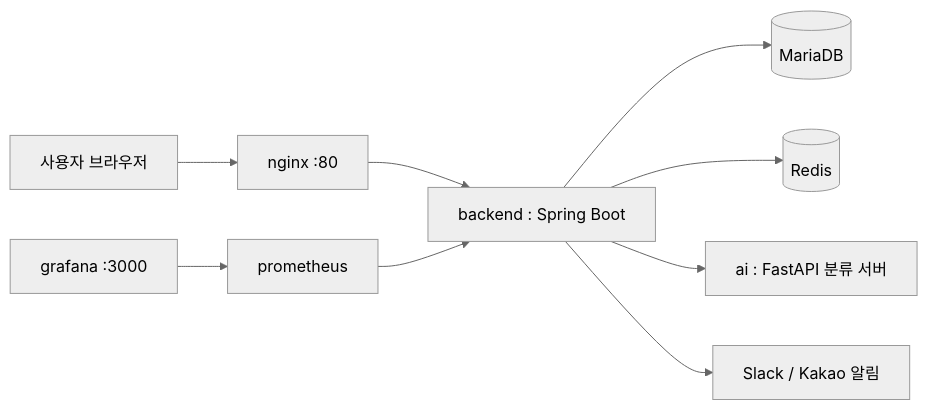
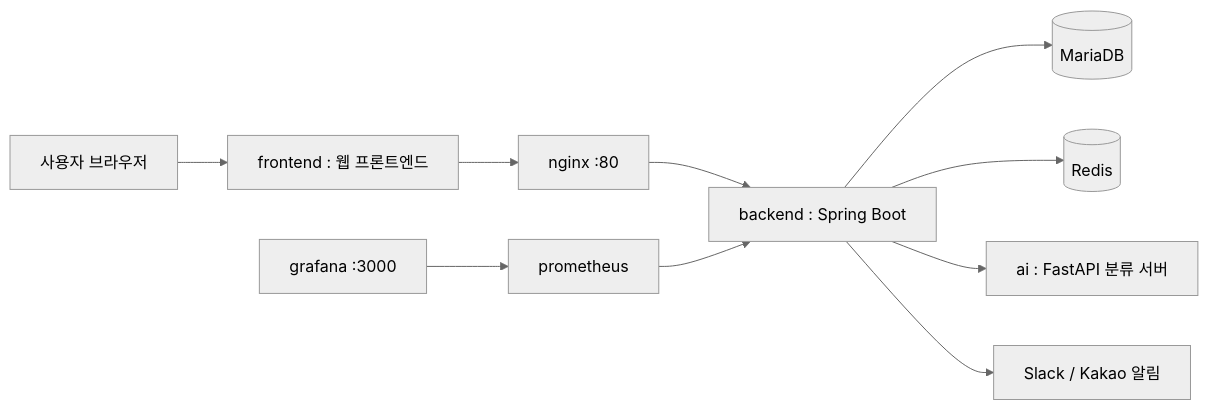
Before and after one commit to farmer0010/ft_transcendence: the diagram in README.md, drawn with Mermaid (neutral theme). The commit also changed other lines of this file, not shown here.

Commit message:
루트 README 에 프론트엔드 안내 추가

````diff
--- a/README.md
+++ b/README.md
@@ -76,11 +78,12 @@
 ```mermaid
 flowchart LR
-    User[사용자 브라우저] --> Nginx[nginx :80]
+    User[사용자 브라우저] --> Frontend[frontend : 웹 프론트엔드]
+    Frontend --> Nginx[nginx :80]
     Nginx --> Backend[backend : Spring Boot]
     Backend --> MariaDB[(MariaDB)]
     Backend --> Redis[(Redis)]
     Backend --> AI[ai : FastAPI 분류 서버]
     Backend --> Slack[Slack / Kakao 알림]
     Prometheus[prometheus] --> Backend
     Grafana[grafana :3000] --> Prometheus
 ```
````
